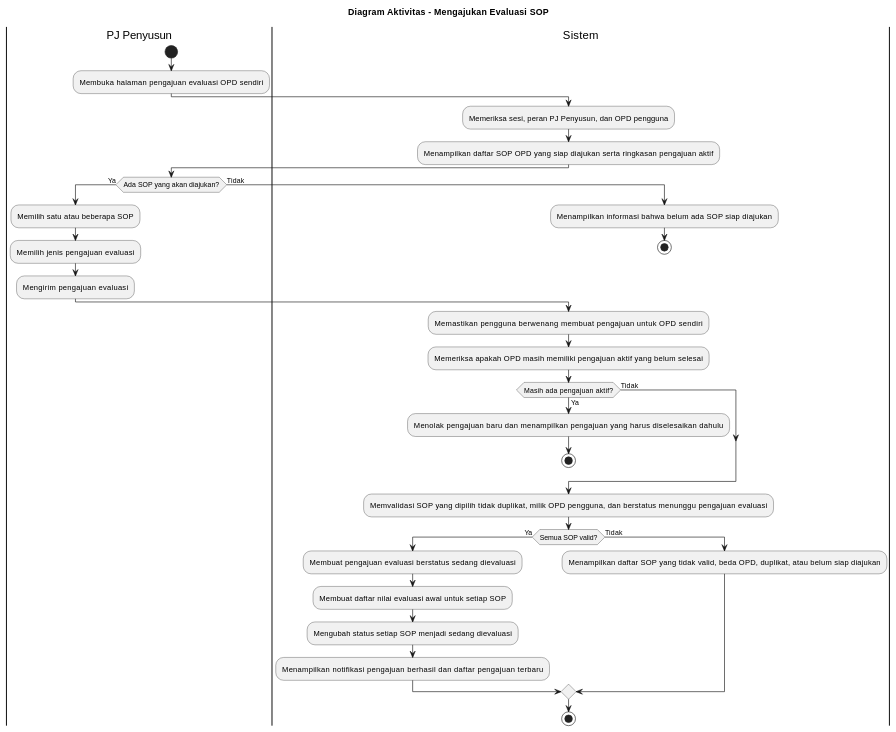
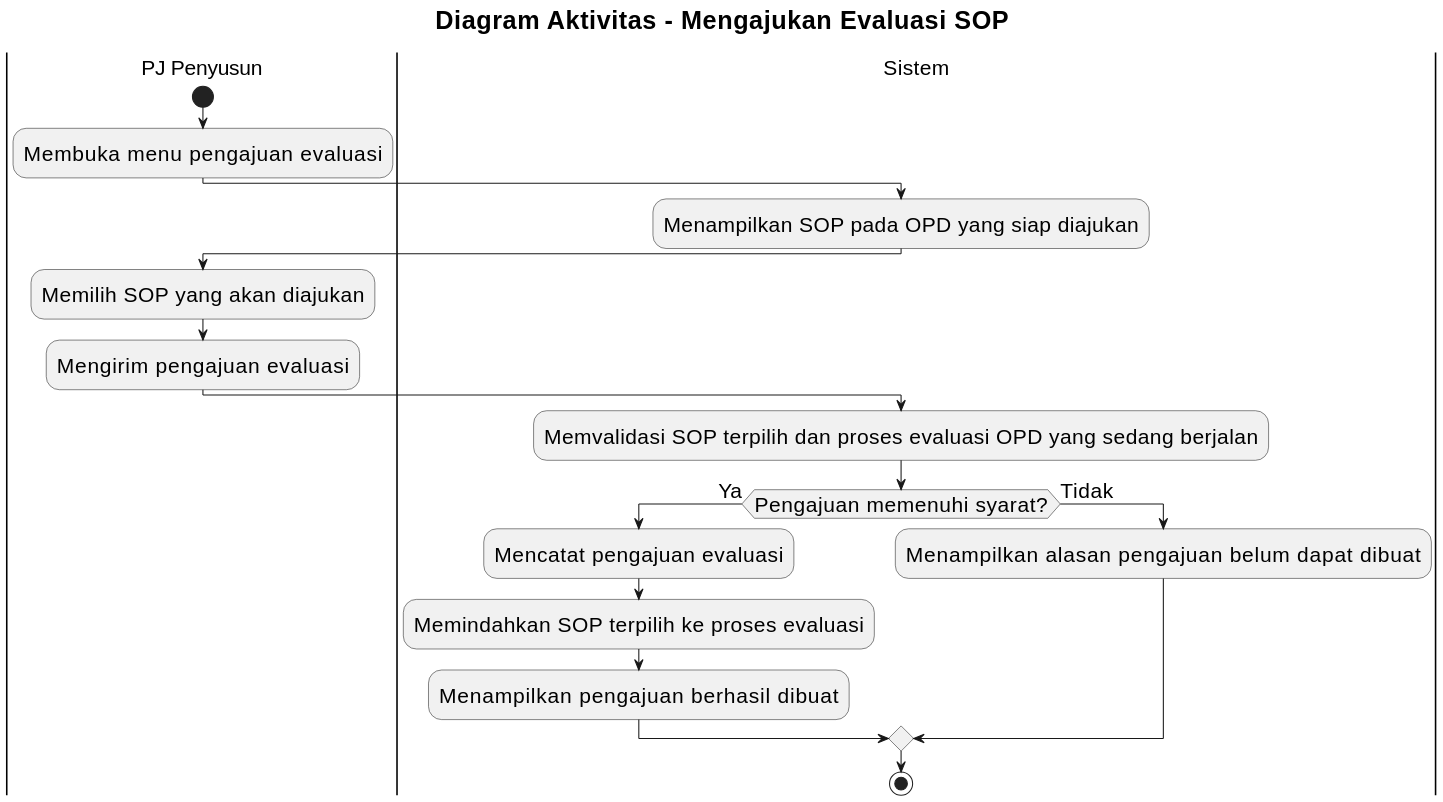
Before and after one commit to howlil/sop-generate-app: the diagram in docs/activity-diagram/pj-penyusun-mengajukan-evaluasi-sop.md, drawn with PlantUML. The commit also changed other lines of this file and 20 other files, not shown here.

Commit message:
docs(activity): align all activity diagrams with use cases

````diff
--- a/docs/activity-diagram/pj-penyusun-mengajukan-evaluasi-sop.md
+++ b/docs/activity-diagram/pj-penyusun-mengajukan-evaluasi-sop.md
@@ -16,47 +16,34 @@
 ```plantuml
 @startuml
+skinparam defaultFontSize 20
+skinparam titleFontSize 24
+skinparam dpi 160
+
 title Diagram Aktivitas - Mengajukan Evaluasi SOP
 
 |PJ Penyusun|
 start
-:Membuka halaman pengajuan evaluasi OPD sendiri;
+:Membuka menu pengajuan evaluasi;
 
 |Sistem|
-:Memeriksa sesi, peran PJ Penyusun, dan OPD pengguna;
-:Menampilkan daftar SOP OPD yang siap diajukan serta ringkasan pengajuan aktif;
+:Menampilkan SOP pada OPD yang siap diajukan;
 
 |PJ Penyusun|
-if (Ada SOP yang akan diajukan?) then (Ya)
-  :Memilih satu atau beberapa SOP;
-  :Memilih jenis pengajuan evaluasi;
-  :Mengirim pengajuan evaluasi;
-else (Tidak)
-  |Sistem|
-  :Menampilkan informasi bahwa belum ada SOP siap diajukan;
-  stop
-endif
+:Memilih SOP yang akan diajukan;
+:Mengirim pengajuan evaluasi;
 
 |Sistem|
-:Memastikan pengguna berwenang membuat pengajuan untuk OPD sendiri;
-:Memeriksa apakah OPD masih memiliki pengajuan aktif yang belum selesai;
+:Memvalidasi SOP terpilih dan proses evaluasi OPD yang sedang berjalan;
 
-if (Masih ada pengajuan aktif?) then (Ya)
-  :Menolak pengajuan baru dan menampilkan pengajuan yang harus diselesaikan dahulu;
-  stop
+if (Pengajuan memenuhi syarat?) then (Ya)
+  :Mencatat pengajuan evaluasi;
+  :Memindahkan SOP terpilih ke proses evaluasi;
+  :Menampilkan pengajuan berhasil dibuat;
 else (Tidak)
-endif
-
-:Memvalidasi SOP yang dipilih tidak duplikat, milik OPD pengguna, dan berstatus menunggu pengajuan evaluasi;
-
-if (Semua SOP valid?) then (Ya)
-  :Membuat pengajuan evaluasi berstatus sedang dievaluasi;
-  :Membuat daftar nilai evaluasi awal untuk setiap SOP;
-  :Mengubah status setiap SOP menjadi sedang dievaluasi;
-  :Menampilkan notifikasi pengajuan berhasil dan daftar pengajuan terbaru;
-else (Tidak)
-  :Menampilkan daftar SOP yang tidak valid, beda OPD, duplikat, atau belum siap diajukan;
+  :Menampilkan alasan pengajuan belum dapat dibuat;
 endif
 
 stop
+
 @enduml
 ```
````
